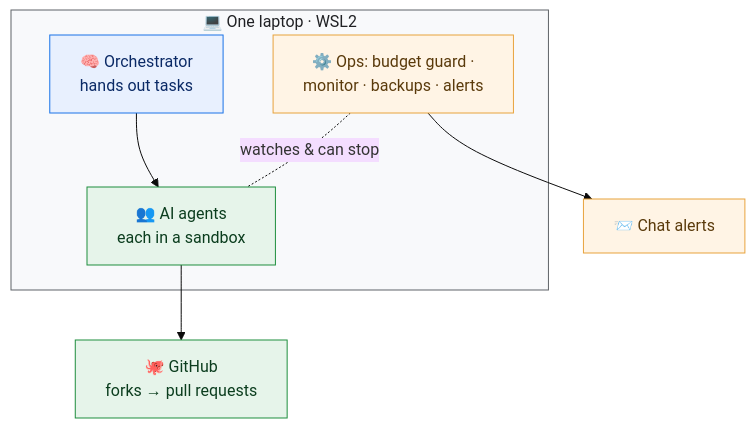
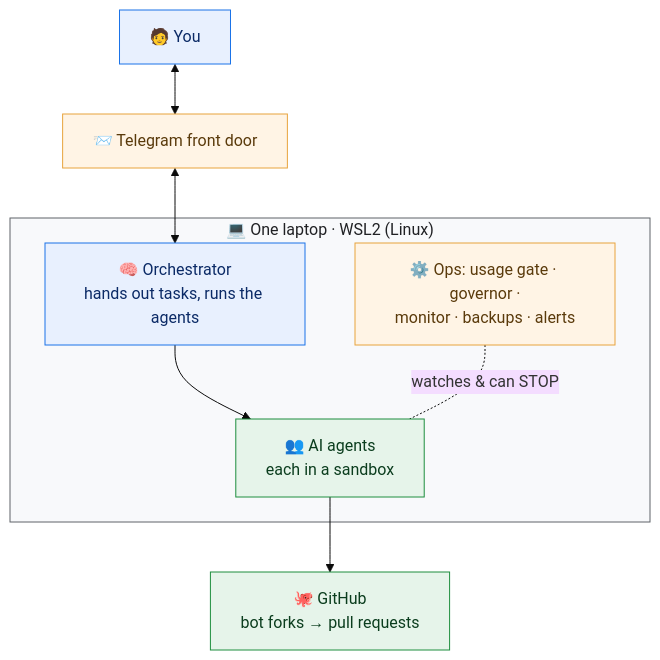
One commit to hamadsec/paperclip-ai-company changed the second of 4 diagrams in README.md. Above: the diagram before and after it, drawn with Mermaid (base theme). The commit also changed other lines of this file and 6 other files, not shown here.

First line of the commit message:
Refresh for the finished, proven company; executable build-your-own guide; cleaner Mermaid diagrams

````diff
--- a/README.md
+++ b/README.md
@@ -92,22 +118,22 @@
 ```mermaid
 flowchart TB
-    subgraph LAPTOP["💻 One laptop · WSL2"]
-        ORCH["🧠 Orchestrator<br/>hands out tasks"]
+    subgraph LAPTOP["💻 One laptop · WSL2 (Linux)"]
+        ORCH["🧠 Orchestrator<br/>hands out tasks, runs the agents"]
         TEAM["👥 AI agents<br/>each in a sandbox"]
-        OPS["⚙️ Ops: budget guard ·<br/>monitor · backups · alerts"]
+        OPS["⚙️ Ops: usage gate · governor ·<br/>monitor · backups · alerts"]
     end
-    GH["🐙 GitHub<br/>forks → pull requests"]
-    CHAT["📨 Chat alerts"]
+    HERMES["📨 Telegram front door"]
+    GH["🐙 GitHub<br/>bot forks → pull requests"]
 
+    YOU["🧑 You"] <--> HERMES <--> ORCH
     ORCH --> TEAM --> GH
-    OPS -. watches & can stop .- TEAM
-    OPS --> CHAT
+    OPS -. watches & can STOP .- TEAM
 
     classDef a fill:#e8f0fe,stroke:#1a73e8,color:#0b2a66;
     classDef b fill:#e6f4ea,stroke:#1e8e3e,color:#0b3d1e;
     classDef c fill:#fff4e5,stroke:#e8a33d,color:#5a3a0b;
-    class ORCH a;
+    class ORCH,YOU a;
     class TEAM,GH b;
-    class OPS,CHAT c;
+    class OPS,HERMES c;
     style LAPTOP fill:#f8f9fb,stroke:#5f6368,color:#202124;
 ```
````
